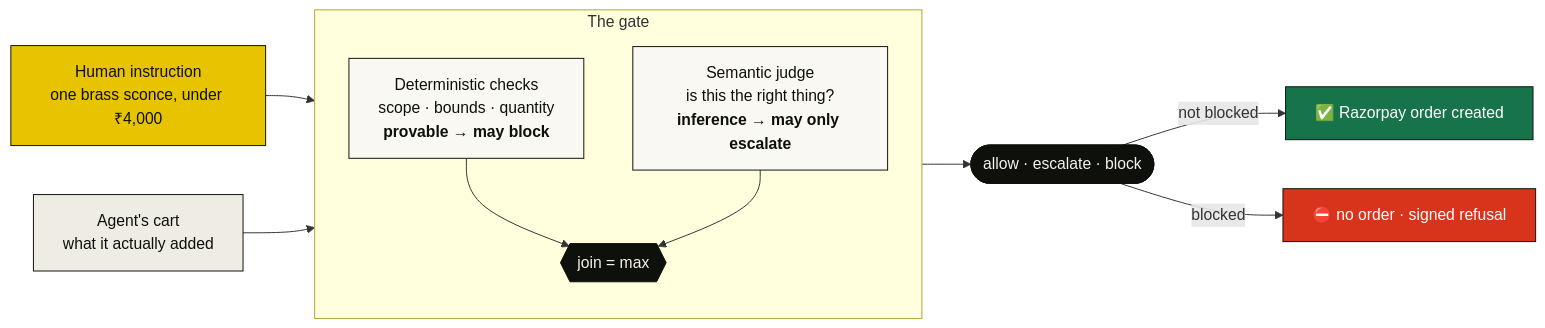
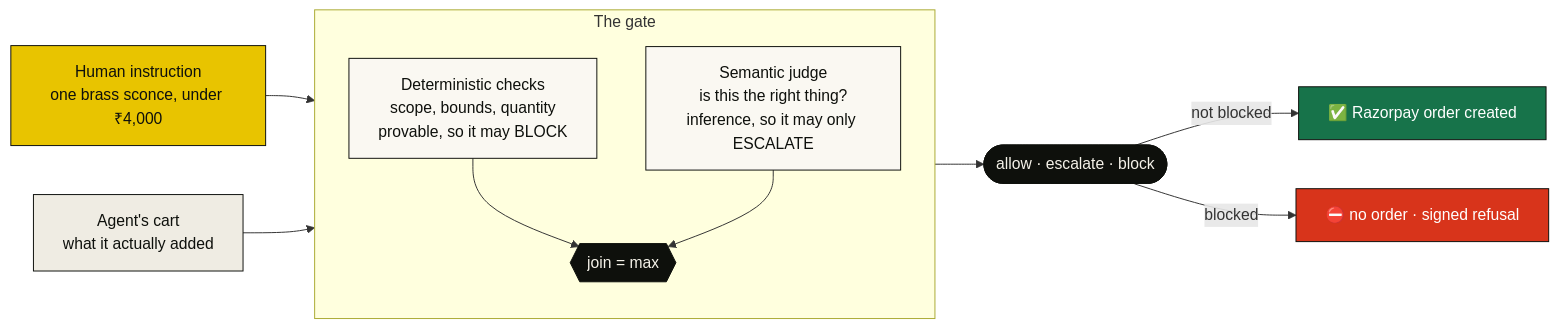
Before and after one commit to Anuj7411/pakka: the first of 2 diagrams in README.md, drawn with Mermaid.

Commit message:
Harden README mermaid labels for GitHub's strict renderer
Drop the <b> bold tags from the flowchart node labels (keeping <br/>, which
GitHub supports) so the diagram renders under GitHub's strict mermaid security
level. Verified: both diagrams render with 2 SVGs and no syntax error under
securityLevel "strict", the same setting GitHub uses.

````diff
--- a/README.md
+++ b/README.md
@@ -67,23 +67,23 @@
 ```mermaid
 flowchart LR
   H["Human instruction<br/>one brass sconce, under ₹4,000"]:::human --> GATE
   C["Agent's cart<br/>what it actually added"]:::agent --> GATE
   subgraph GATE["The gate"]
     direction TB
-    D["Deterministic checks<br/>scope · bounds · quantity<br/><b>provable → may block</b>"]:::det
-    S["Semantic judge<br/>is this the right thing?<br/><b>inference → may only escalate</b>"]:::sem
+    D["Deterministic checks<br/>scope, bounds, quantity<br/>provable, so it may BLOCK"]:::det
+    S["Semantic judge<br/>is this the right thing?<br/>inference, so it may only ESCALATE"]:::sem
     D --> J{{"join = max"}}:::join
     S --> J
   end
   J --> V(["allow · escalate · block"]):::verdict
   V -->|not blocked| O["✅ Razorpay order created"]:::ok
   V -->|blocked| X["⛔ no order · signed refusal"]:::stop
   classDef human fill:#E8C400,stroke:#0E100C,color:#0E100C
   classDef agent fill:#EFECE3,stroke:#0E100C,color:#0E100C
   classDef det fill:#FAF8F2,stroke:#0E100C,color:#0E100C
   classDef sem fill:#FAF8F2,stroke:#0E100C,color:#0E100C
   classDef join fill:#0E100C,stroke:#0E100C,color:#F5F2E9
   classDef verdict fill:#0E100C,stroke:#0E100C,color:#F5F2E9
   classDef ok fill:#17734A,stroke:#0E100C,color:#ffffff
   classDef stop fill:#D8341B,stroke:#0E100C,color:#ffffff
 ```
````
